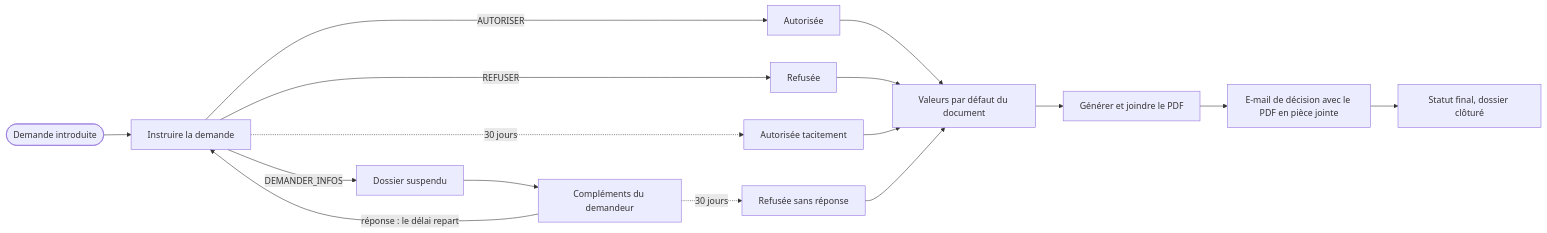
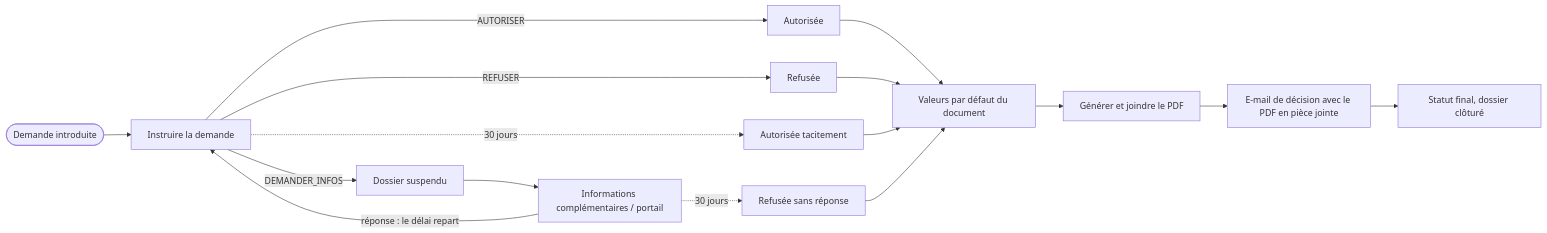
Before and after one commit to superjojo79/Myrmacta: the diagram in exemples/autorisation-riverain/README.md, drawn with Mermaid. The commit also changed 19 other files, not shown here.

````diff
--- a/exemples/autorisation-riverain/README.md
+++ b/exemples/autorisation-riverain/README.md
@@ -36,12 +36,12 @@
 ```mermaid
 flowchart LR
   D([Demande introduite]) --> I[Instruire la demande]
   I -- AUTORISER --> A[Autorisée]
   I -- REFUSER --> R[Refusée]
-  I -- DEMANDER_INFOS --> S[Dossier suspendu] --> C[Compléments du demandeur]
+  I -- DEMANDER_INFOS --> S[Dossier suspendu] --> C[Informations complémentaires / portail]
   C -- réponse : le délai repart --> I
   I -. 30 jours .-> T[Autorisée tacitement]
   C -. 30 jours .-> RS[Refusée sans réponse]
   A & R & T & RS --> P[Valeurs par défaut du document] --> G[Générer et joindre le PDF]
   G --> E[E-mail de décision avec le PDF en pièce jointe] --> F[Statut final, dossier clôturé]
 ```
````
